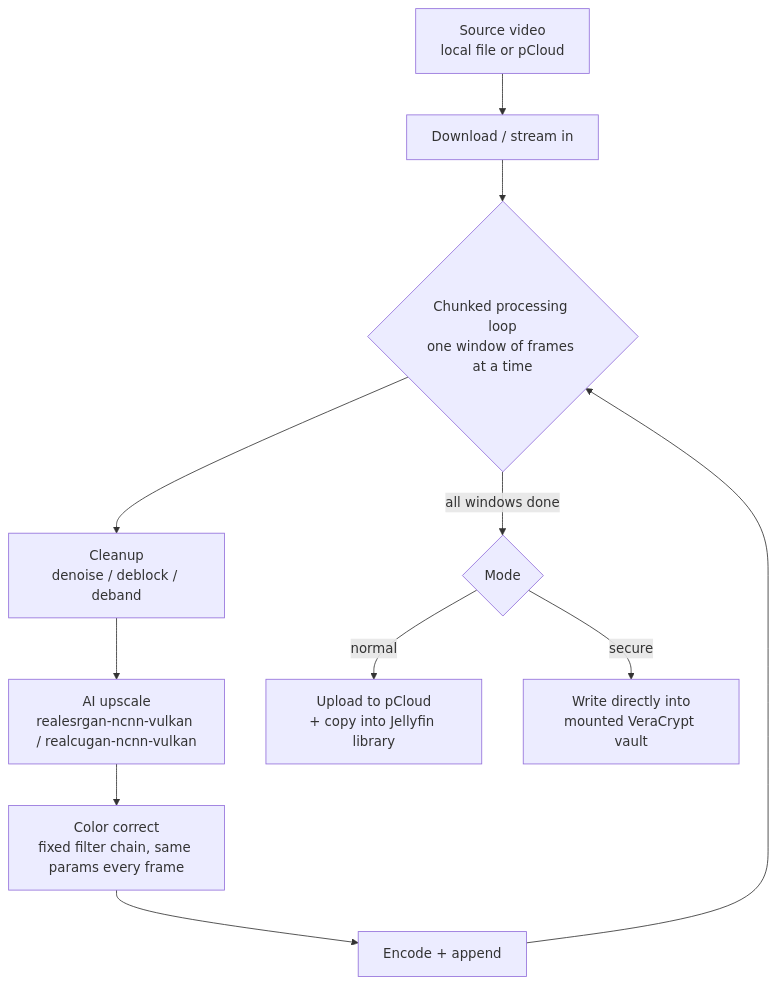
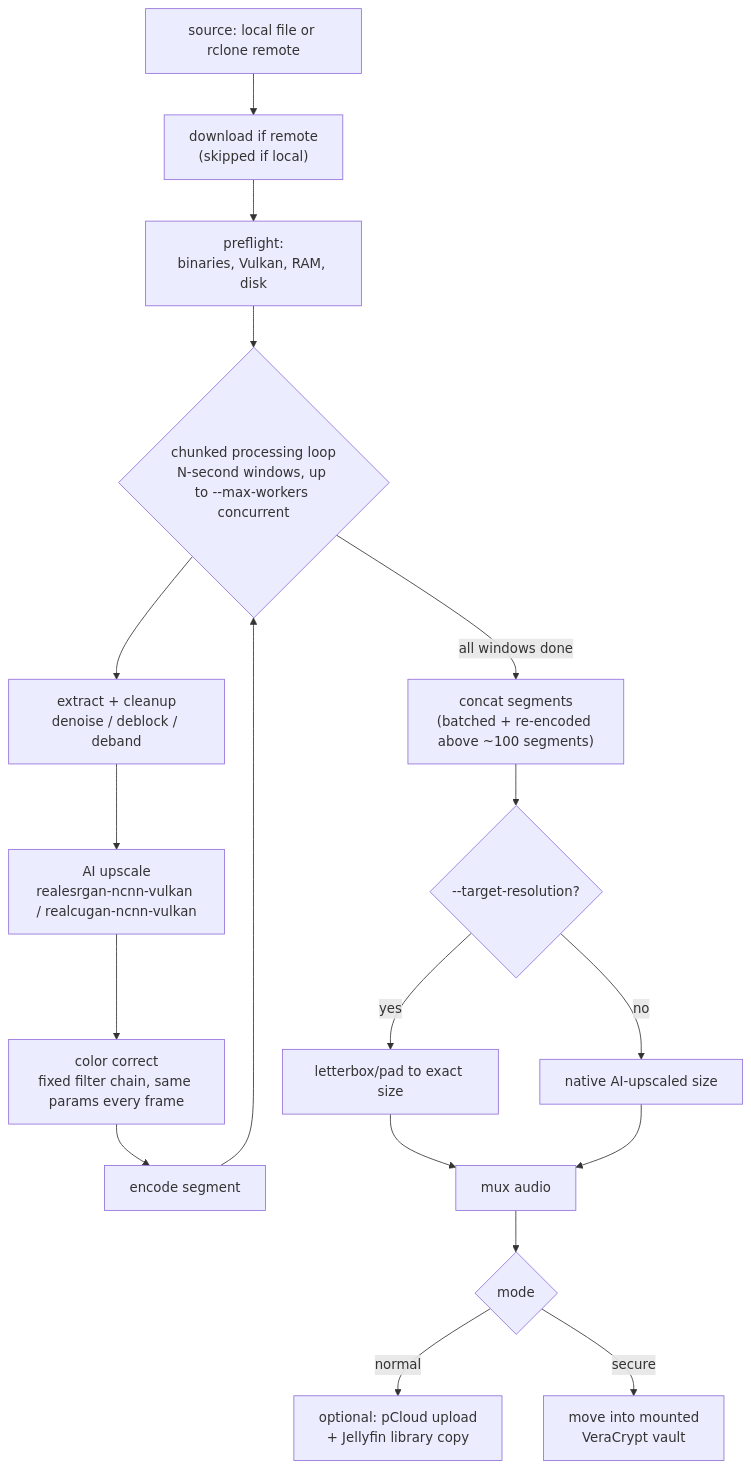
One commit to DarrellBest/4k-no-jutsu changed the first of 3 diagrams in README.md. Above: the diagram before and after it, drawn with Mermaid. The commit also changed other lines of this file and 1 other file, not shown here.

First line of the commit message:
Redo README from scratch: setup/usage first, accurate diagrams, banner

````diff
--- a/README.md
+++ b/README.md
@@ -13,13 +141,20 @@
 ```mermaid
 flowchart TD
-    A[Source video<br/>local file or pCloud] --> B[Download / stream in]
-    B --> C{Chunked processing loop<br/>one window of frames at a time}
-    C --> D[Cleanup<br/>denoise / deblock / deband]
-    D --> E[AI upscale<br/>realesrgan-ncnn-vulkan / realcugan-ncnn-vulkan]
-    E --> F[Color correct<br/>fixed filter chain, same params every frame]
-    F --> G[Encode + append]
-    G --> C
-    C -->|all windows done| H{Mode}
-    H -->|normal| I[Upload to pCloud<br/>+ copy into Jellyfin library]
-    H -->|secure| J[Write directly into<br/>mounted VeraCrypt vault]
+    A["source: local file or rclone remote"] --> B["download if remote\n(skipped if local)"]
+    B --> C["preflight:\nbinaries, Vulkan, RAM, disk"]
+    C --> D{"chunked processing loop\nN-second windows, up to --max-workers concurrent"}
+    D --> E["extract + cleanup\ndenoise / deblock / deband"]
+    E --> F["AI upscale\nrealesrgan-ncnn-vulkan / realcugan-ncnn-vulkan"]
+    F --> G["color correct\nfixed filter chain, same params every frame"]
+    G --> H["encode segment"]
+    H --> D
+    D -->|all windows done| I["concat segments\n(batched + re-encoded above ~100 segments)"]
+    I --> J{"--target-resolution?"}
+    J -->|yes| K["letterbox/pad to exact size"]
+    J -->|no| L["native AI-upscaled size"]
+    K --> M["mux audio"]
+    L --> M
+    M --> N{mode}
+    N -->|normal| O["optional: pCloud upload\n+ Jellyfin library copy"]
+    N -->|secure| P["move into mounted\nVeraCrypt vault"]
 ```
````
